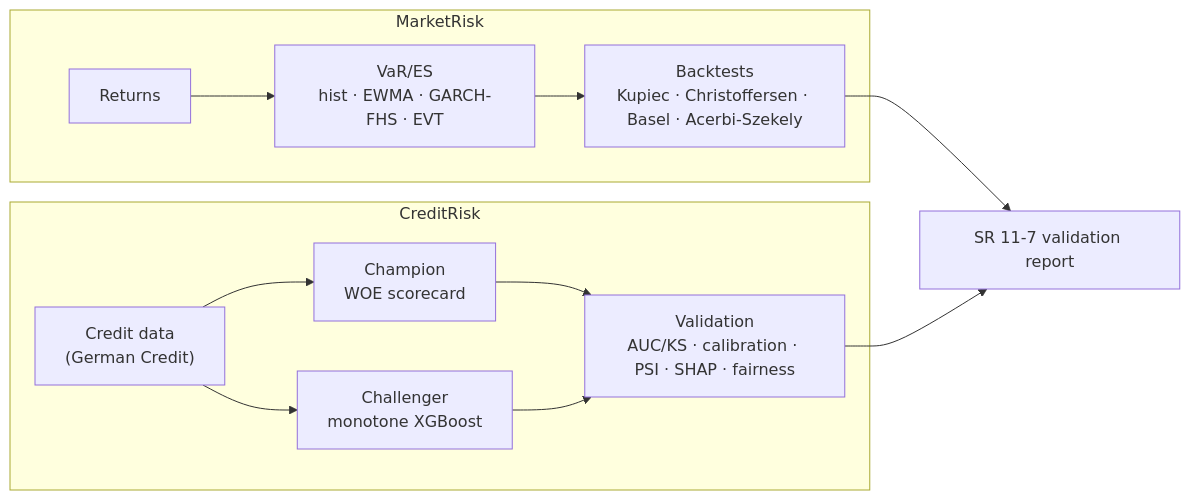
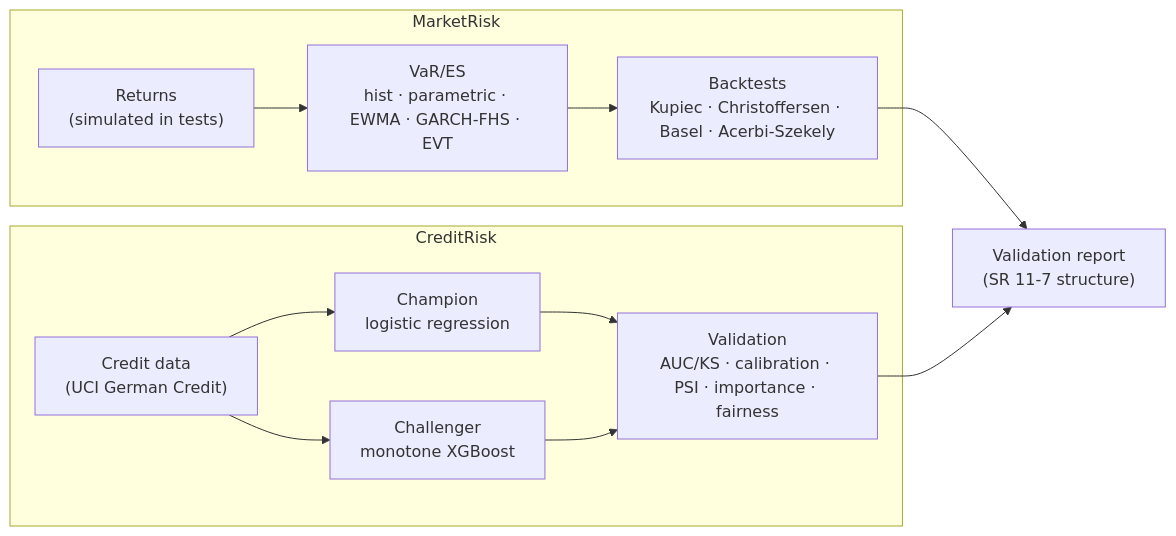
Before and after one commit to kbd0011/model-risk-platform: the diagram in README.md, drawn with Mermaid. The commit also changed other lines of this file and 3 other files, not shown here.

First line of the commit message:
recast validation report as a self-review with recommendations, sync readme and docs with saved results

````diff
--- a/README.md
+++ b/README.md
@@ -23,15 +25,15 @@
 ```mermaid
 flowchart LR
   subgraph MarketRisk
-    R["Returns"] --> V["VaR/ES<br/>hist · EWMA · GARCH-FHS · EVT"]
+    R["Returns<br/>(simulated in tests)"] --> V["VaR/ES<br/>hist · parametric · EWMA · GARCH-FHS · EVT"]
     V --> BT["Backtests<br/>Kupiec · Christoffersen · Basel · Acerbi-Szekely"]
   end
   subgraph CreditRisk
-    D["Credit data<br/>(German Credit)"] --> CH["Champion<br/>WOE scorecard"]
+    D["Credit data<br/>(UCI German Credit)"] --> CH["Champion<br/>logistic regression"]
     D --> XG["Challenger<br/>monotone XGBoost"]
-    CH --> VAL["Validation<br/>AUC/KS · calibration · PSI · SHAP · fairness"]
+    CH --> VAL["Validation<br/>AUC/KS · calibration · PSI · importance · fairness"]
     XG --> VAL
   end
-  BT --> REP["SR 11-7 validation report"]
+  BT --> REP["Validation report<br/>(SR 11-7 structure)"]
   VAL --> REP
 ```
````
